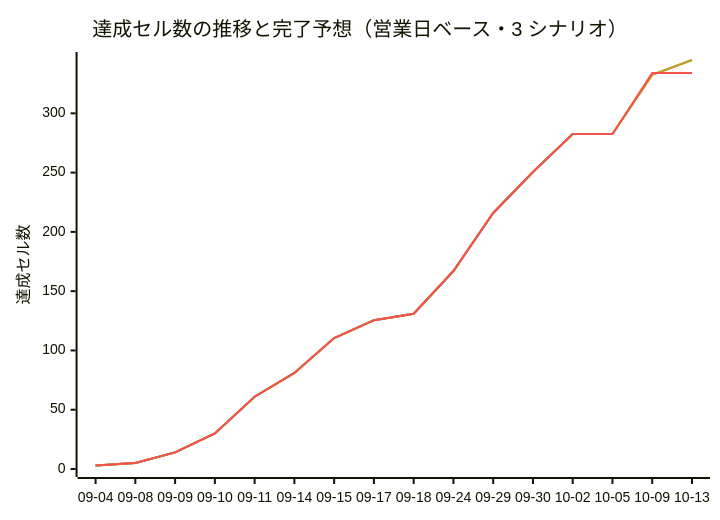
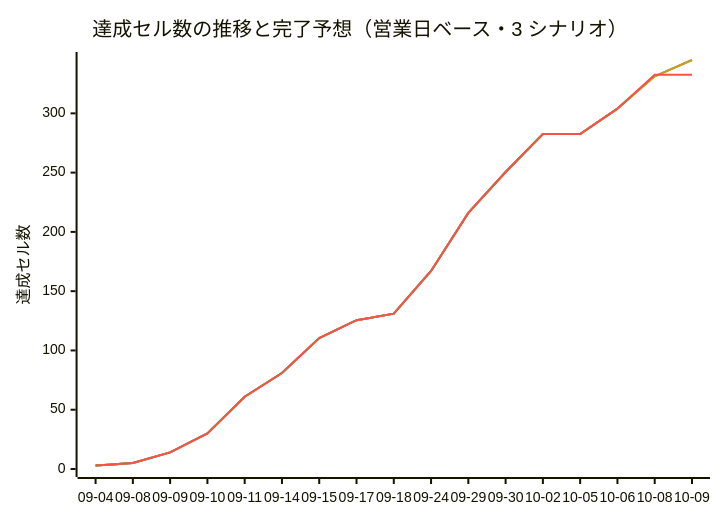
The diagram in docs/progress.md (yoshihisatanaka/Pre-Market_Trading_frontend), drawn with Mermaid before and after one commit. The commit also changed other lines of this file and 1 other file, not shown here.

````diff
--- a/docs/progress.md
+++ b/docs/progress.md
@@ -329,11 +328,11 @@
 ```mermaid
 %%{init: {"themeVariables": {"xyChart": {"plotColorPalette": "#2f6feb, #3fb950, #d29922, #f85149"}}}}%%
 xychart-beta
     title "達成セル数の推移と完了予想（営業日ベース・3 シナリオ）"
-    x-axis ["09-04", "09-08", "09-09", "09-10", "09-11", "09-14", "09-15", "09-17", "09-18", "09-24", "09-29", "09-30", "10-02", "10-05", "10-09", "10-13"]
+    x-axis ["09-04", "09-08", "09-09", "09-10", "09-11", "09-14", "09-15", "09-17", "09-18", "09-24", "09-29", "09-30", "10-02", "10-05", "10-06", "10-08", "10-09"]
     y-axis "達成セル数" 0 --> 345
-    line [3, 5, 14, 30, 61, 81, 110.5, 125.5, 131, 167, 216, 250.5, 282.5, 282.5]
-    line [3, 5, 14, 30, 61, 81, 110.5, 125.5, 131, 167, 216, 250.5, 282.5, 282.5, 332.5, 345]
-    line [3, 5, 14, 30, 61, 81, 110.5, 125.5, 131, 167, 216, 250.5, 282.5, 282.5, 332.5, 345]
-    line [3, 5, 14, 30, 61, 81, 110.5, 125.5, 131, 167, 216, 250.5, 282.5, 282.5, 334, 334]
+    line [3, 5, 14, 30, 61, 81, 110.5, 125.5, 131, 167, 216, 250.5, 282.5, 282.5, 304]
+    line [3, 5, 14, 30, 61, 81, 110.5, 125.5, 131, 167, 216, 250.5, 282.5, 282.5, 304, 331.3, 345]
+    line [3, 5, 14, 30, 61, 81, 110.5, 125.5, 131, 167, 216, 250.5, 282.5, 282.5, 304, 331.3, 345]
+    line [3, 5, 14, 30, 61, 81, 110.5, 125.5, 131, 167, 216, 250.5, 282.5, 282.5, 304, 332.5, 332.5]
 ```
````
